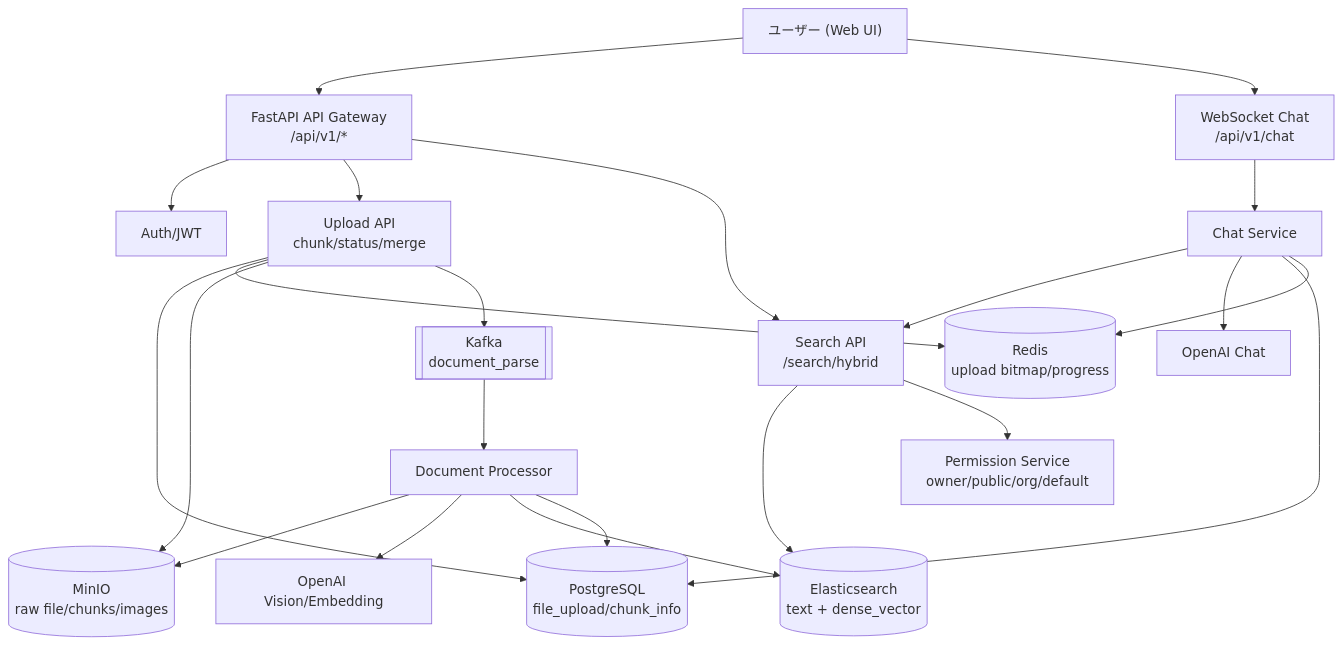
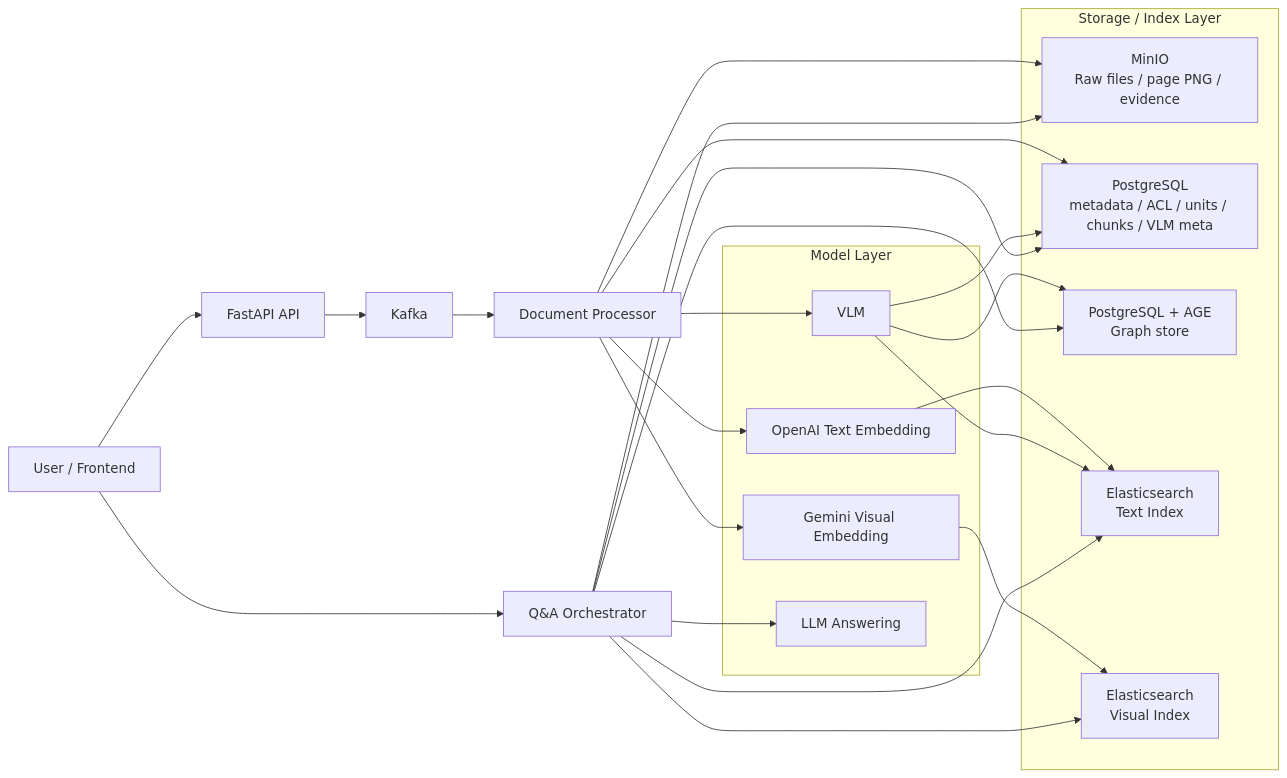
The first of 4 diagrams in README_ja.md (tiand23/AIKnowledgeBaseNew), drawn with Mermaid before and after one commit. The commit also changed other lines of this file and 2 other files, not shown here.

First line of the commit message:
Add dual retrieval architecture with visual embeddings and PostgreSQL AGE graph backend

````diff
--- a/README_ja.md
+++ b/README_ja.md
@@ -47,28 +50,47 @@
 ```mermaid
-flowchart TD
-    U["ユーザー (Web UI)"] --> A["FastAPI API Gateway<br/>/api/v1/*"]
-    U --> W["WebSocket Chat<br/>/api/v1/chat"]
+flowchart LR
+    U["User / Frontend"]
+    API["FastAPI API"]
+    K["Kafka"]
+    DP["Document Processor"]
+    QA["Q&A Orchestrator"]
 
-    A --> AUTH["Auth/JWT"]
-    A --> UP["Upload API<br/>chunk/status/merge"]
-    A --> S["Search API<br/>/search/hybrid"]
+    subgraph STORE["Storage / Index Layer"]
+        OBJ["MinIO\nRaw files / page PNG / evidence"]
+        PG["PostgreSQL\nmetadata / ACL / units / chunks / VLM meta"]
+        AGE["PostgreSQL + AGE\nGraph store"]
+        ES_T["Elasticsearch\nText Index"]
+        ES_V["Elasticsearch\nVisual Index"]
+    end
 
-    UP --> DB[(PostgreSQL<br/>file_upload/chunk_info)]
-    UP --> R[(Redis<br/>upload bitmap/progress)]
-    UP --> M[(MinIO<br/>raw file/chunks/images)]
-    UP --> K[[Kafka<br/>document_parse]]
+    subgraph MODEL["Model Layer"]
+        TXT_EMB["OpenAI Text Embedding"]
+        VIS_EMB["Gemini Visual Embedding"]
+        VLM["VLM"]
+        LLM["LLM Answering"]
+    end
 
-    K --> P["Document Processor"]
-    P --> M
-    P --> O["OpenAI Vision/Embedding"]
-    P --> ES[(Elasticsearch<br/>text + dense_vector)]
-    P --> DB
+    U --> API
+    API --> K
+    K --> DP
 
-    W --> C["Chat Service"]
-    C --> S
-    C --> O2["OpenAI Chat"]
-    C --> DB
-    C --> R
-    S --> ES
-    S --> ACL["Permission Service<br/>owner/public/org/default"]
+    DP --> OBJ
+    DP --> PG
+    DP --> TXT_EMB
+    DP --> VIS_EMB
+    DP --> VLM
+
+    TXT_EMB --> ES_T
+    VIS_EMB --> ES_V
+    VLM --> PG
+    VLM --> AGE
+    VLM --> ES_T
+
+    U --> QA
+    QA --> ES_T
+    QA --> ES_V
+    QA --> AGE
+    QA --> PG
+    QA --> OBJ
+    QA --> LLM
 ```
````
